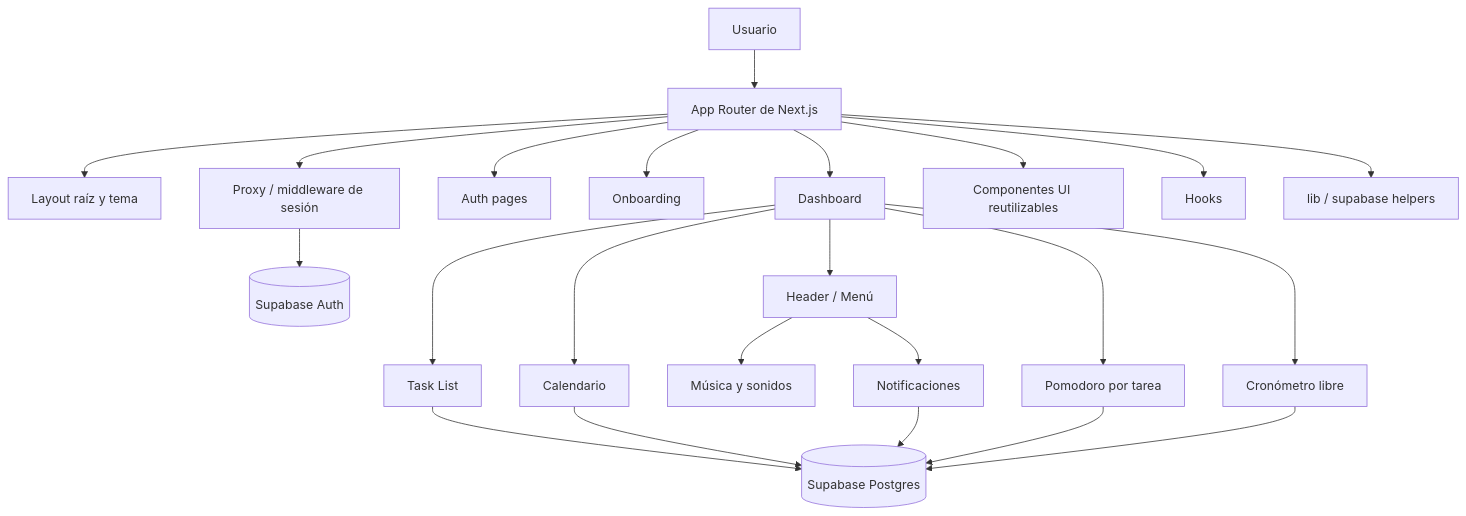
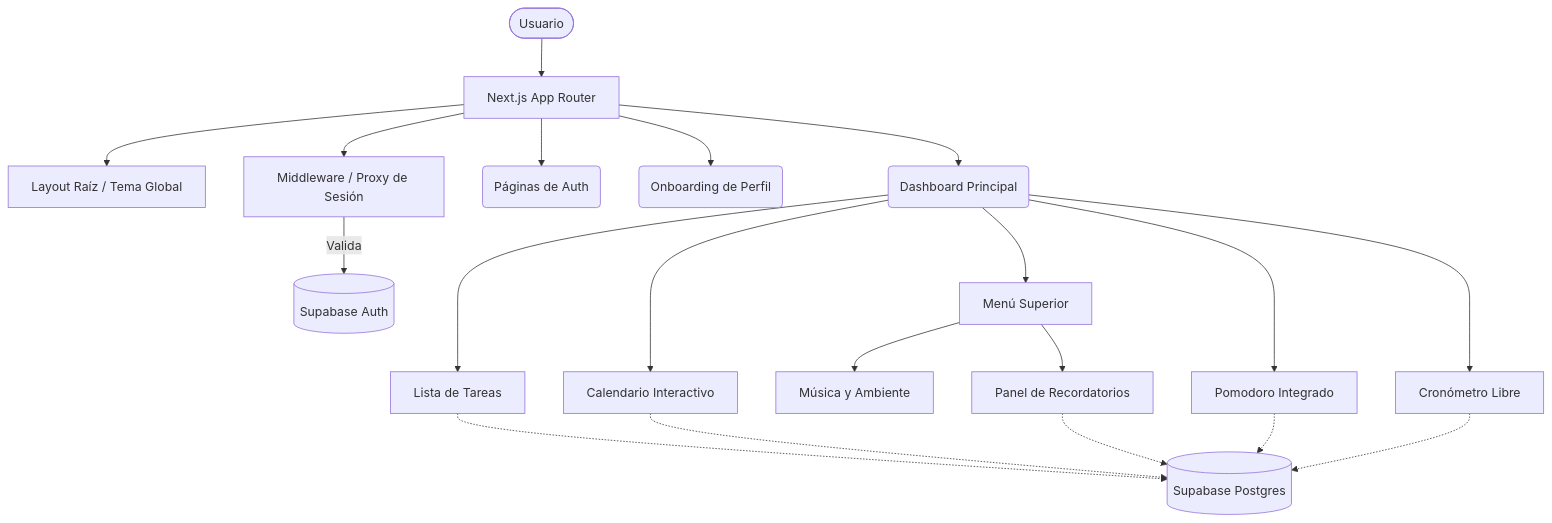
One commit to ItsLouis30/Tempo-App changed the diagram in README.md. Above: the diagram before and after it, drawn with Mermaid. The commit also changed other lines of this file, not shown here.

````diff
--- a/README.md
+++ b/README.md
@@ -48,25 +90,27 @@
 ```mermaid
 flowchart TD
-    U[Usuario] --> A[App Router de Next.js]
-    A --> L[Layout raíz y tema]
-    A --> P[Proxy / middleware de sesión]
-    P --> S[(Supabase Auth)]
-    A --> R1[Auth pages]
-    A --> R2[Onboarding]
-    A --> R3[Dashboard]
-    R3 --> T[Task List]
-    R3 --> C[Calendario]
-    R3 --> H[Header / Menú]
-    H --> M[Música y sonidos]
-    H --> N[Notificaciones]
-    R3 --> P1[Pomodoro por tarea]
-    R3 --> P2[Cronómetro libre]
-    T --> DB[(Supabase Postgres)]
-    C --> DB
-    P1 --> DB
-    P2 --> DB
-    N --> DB
-    A --> B[Componentes UI reutilizables]
-    A --> X[Hooks]
-    A --> I[lib / supabase helpers]
+    U([Usuario]) --> A[Next.js App Router]
+    A --> L[Layout Raíz / Tema Global]
+    A --> P[Middleware / Proxy de Sesión]
+    P -- Valida --> S[(Supabase Auth)]
+    
+    A --> R1(Páginas de Auth)
+    A --> R2(Onboarding de Perfil)
+    A --> R3(Dashboard Principal)
+    
+    R3 --> T[Lista de Tareas]
+    R3 --> C[Calendario Interactivo]
+    R3 --> H[Menú Superior]
+    
+    H --> M[Música y Ambiente]
+    H --> N[Panel de Recordatorios]
+    
+    R3 --> P1[Pomodoro Integrado]
+    R3 --> P2[Cronómetro Libre]
+    
+    T -.-> DB[(Supabase Postgres)]
+    C -.-> DB
+    P1 -.-> DB
+    P2 -.-> DB
+    N -.-> DB
 ```
````
